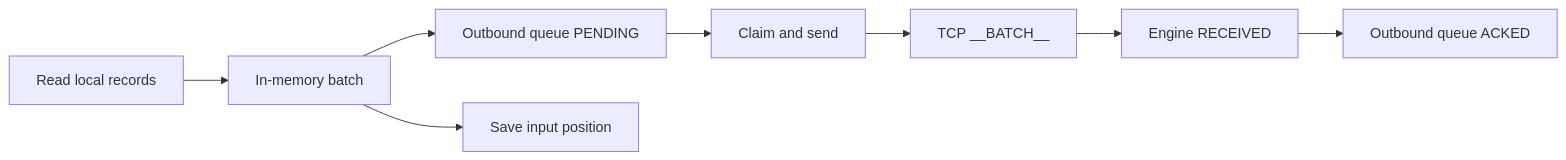
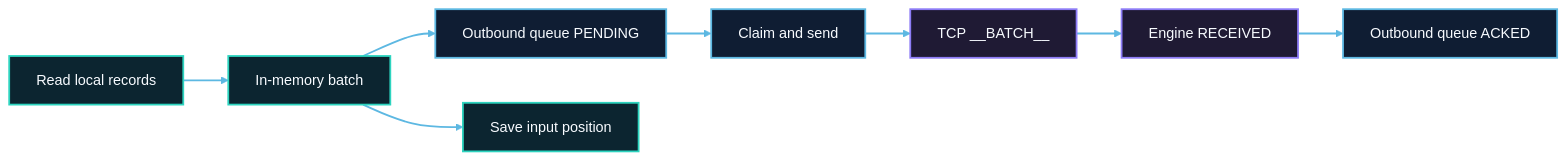
One commit to apache/seatunnel changed the first of 3 diagrams in docs/en/edge-agent/architecture-overview.md. Above: the diagram before and after it, drawn with Mermaid. The commit also changed other lines of this file and 1 other file, not shown here.

Commit message:
[Fix][Doc] Fix the mermaid image style in the document

````diff
--- a/docs/en/edge-agent/architecture-overview.md
+++ b/docs/en/edge-agent/architecture-overview.md
@@ -81,19 +81,28 @@
 ```mermaid
 flowchart LR
   readLocal[Read local records]
   memBatch[In-memory batch]
   walPending[Outbound queue PENDING]
   posStore[Save input position]
   claimSend[Claim and send]
   tcpBatch["TCP __BATCH__"]
   received[Engine RECEIVED]
   walAcked[Outbound queue ACKED]
 
   readLocal --> memBatch
   memBatch --> walPending
   memBatch --> posStore
   walPending --> claimSend
   claimSend --> tcpBatch
   tcpBatch --> received
   received --> walAcked
+
+  classDef layerBlue fill:#0f1d33,stroke:#5db8e2,stroke-width:2px,color:#f8fbff;
+  classDef layerCyan fill:#0c2530,stroke:#2dd4bf,stroke-width:2px,color:#f8fbff;
+  classDef layerPurple fill:#1f1a34,stroke:#8d7cf6,stroke-width:2px,color:#f8fbff;
+
+  class readLocal,memBatch,posStore layerCyan;
+  class walPending,claimSend,walAcked layerBlue;
+  class tcpBatch,received layerPurple;
+  linkStyle default stroke:#5db8e2,stroke-width:2px;
 ```
````
